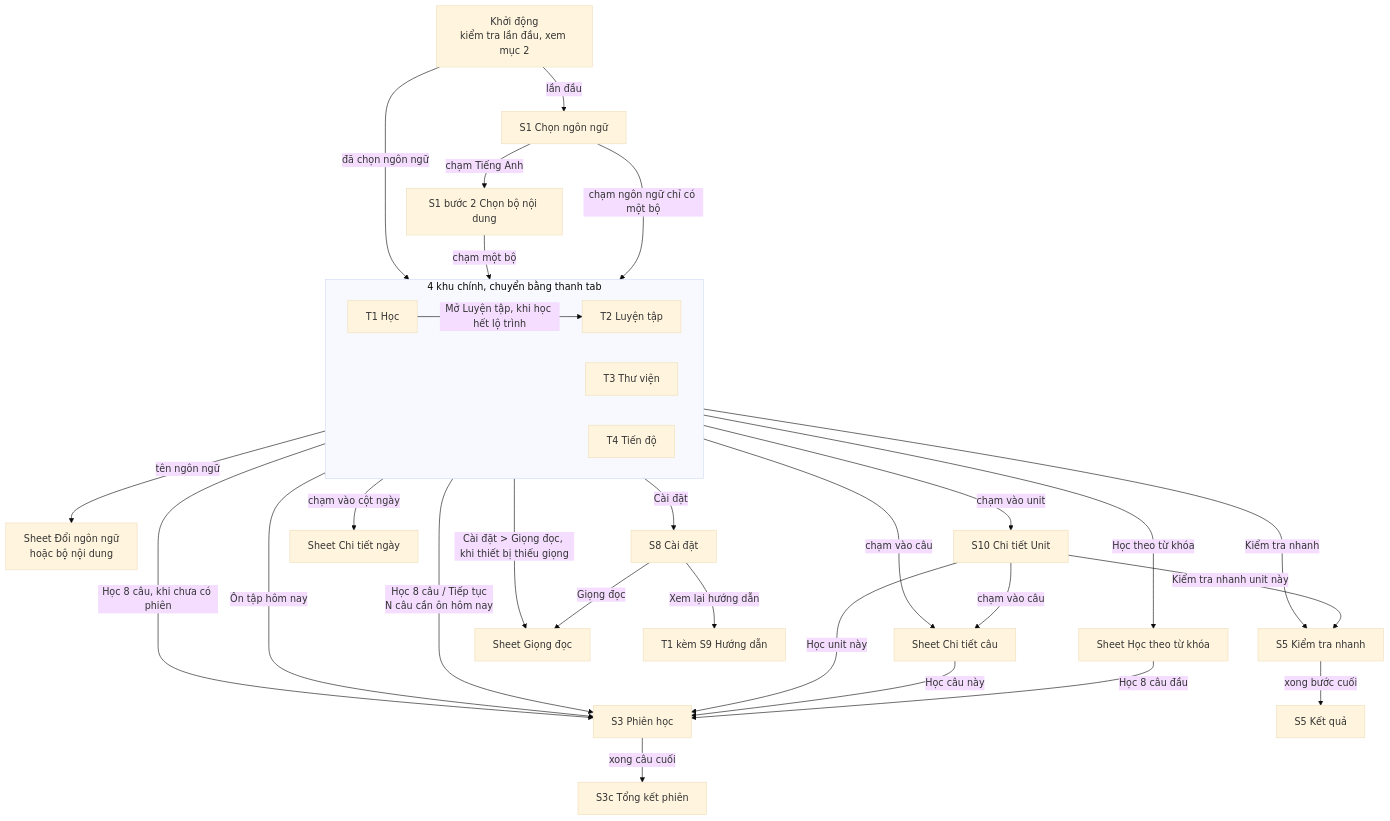
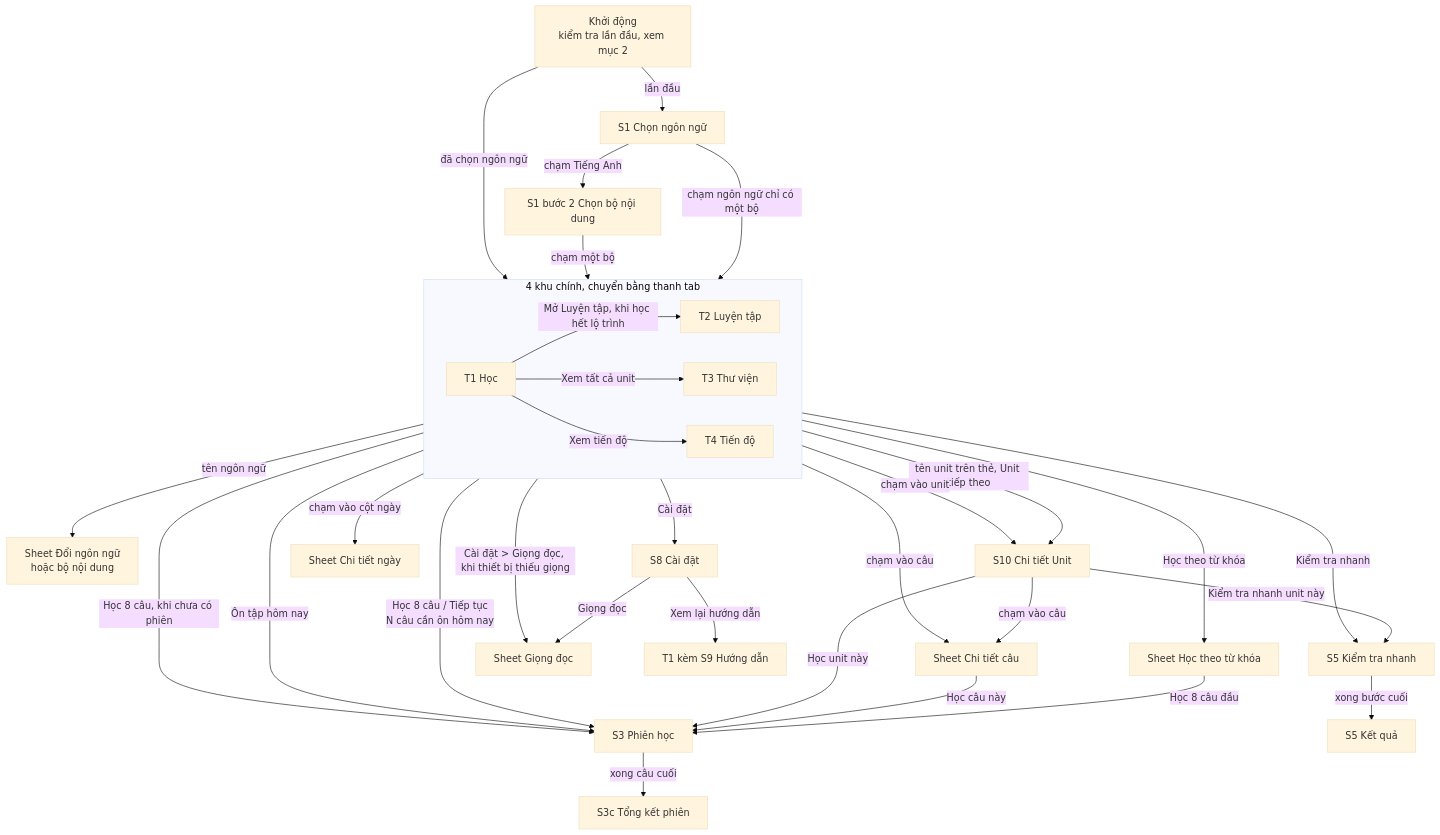
One commit to A-Star-X/dangonngu changed the third of 10 diagrams in docs/new/navigation.md. Above: the diagram before and after it, drawn with Mermaid (base theme). The commit also changed 5 other files, not shown here.

Commit message:
spec: Đợt 5 việc 1: T1 tên unit mở Chi tiết Unit, bố cục mới từ 1200 px, khối Unit tiếp theo (T1-08) và Tiến độ của bạn (T1-09)

````diff
--- a/docs/new/navigation.md
+++ b/docs/new/navigation.md
@@ -96,66 +96,72 @@
 ```mermaid
 flowchart TD
   BOOT["Khởi động<br/>kiểm tra lần đầu, xem mục 2"] -->|"lần đầu"| L["S1 Chọn ngôn ngữ"]
   %% @spec APP-05
   L -->|"chạm ngôn ngữ chỉ có một bộ"| TABS
   %% @spec S1-04
   L -->|"chạm Tiếng Anh"| PK["S1 bước 2 Chọn bộ nội dung"]
   %% @spec S1-07
   PK -->|"chạm một bộ"| TABS
   %% @spec S1-07
   BOOT -->|"đã chọn ngôn ngữ"| TABS
   %% @spec APP-05
 
   subgraph TABS["4 khu chính, chuyển bằng thanh tab"]
     %% @spec APP-01, C5-01
     direction LR
     H["T1 Học"]
     P["T2 Luyện tập"]
     B["T3 Thư viện"]
     G["T4 Tiến độ"]
   end
 
   TABS -->|"tên ngôn ngữ"| LS["Sheet Đổi ngôn ngữ<br/>hoặc bộ nội dung"]
   %% @spec APP-02, APP-06
   TABS -->|"Cài đặt"| ST["S8 Cài đặt"]
   %% @spec APP-02
 
   H -->|"Học 8 câu / Tiếp tục<br/>N câu cần ôn hôm nay"| S["S3 Phiên học"]
   %% @spec T1-02, T1-04
   H -->|"Mở Luyện tập, khi học hết lộ trình"| P
   %% @spec T1-05
+  H -->|"tên unit trên thẻ, Unit tiếp theo"| U
+  %% @spec T1-01, T1-08
+  H -->|"Xem tất cả unit"| B
+  %% @spec T1-08
+  H -->|"Xem tiến độ"| G
+  %% @spec T1-09
   P -->|"Ôn tập hôm nay"| S
   %% @spec T2-02
   P -->|"Học theo từ khóa"| C["Sheet Học theo từ khóa"]
   %% @spec T2-03
   C -->|"Học 8 câu đầu"| S
   %% @spec T2-03
   P -->|"Kiểm tra nhanh"| K["S5 Kiểm tra nhanh"]
   %% @spec T2-04
   K -->|"xong bước cuối"| KR["S5 Kết quả"]
   %% @spec S5-07
   B -->|"chạm vào câu"| D["Sheet Chi tiết câu"]
   %% @spec T3-05
   D -->|"Học câu này"| S
   %% @spec T3-05
   B -->|"chạm vào unit"| U["S10 Chi tiết Unit"]
   %% @spec T3-09
   U -->|"Học unit này"| S
   %% @spec S10-04
   U -->|"Kiểm tra nhanh unit này"| K
   %% @spec S10-04
   U -->|"chạm vào câu"| D
   %% @spec S10-05
   G -->|"chạm vào cột ngày"| GD["Sheet Chi tiết ngày"]
   %% @spec T4-07
   G -->|"Học 8 câu, khi chưa có phiên"| S
   %% @spec T4-08
   S -->|"xong câu cuối"| SR["S3c Tổng kết phiên"]
   %% @spec S3-02, S3-06
   ST -->|"Giọng đọc"| V["Sheet Giọng đọc"]
   %% @spec S8-02
   H -->|"Cài đặt > Giọng đọc, khi thiết bị thiếu giọng"| V
   %% @spec C1-05
   ST -->|"Xem lại hướng dẫn"| HD["T1 kèm S9 Hướng dẫn"]
   %% @spec S8-06, S9-05
 ```
````
